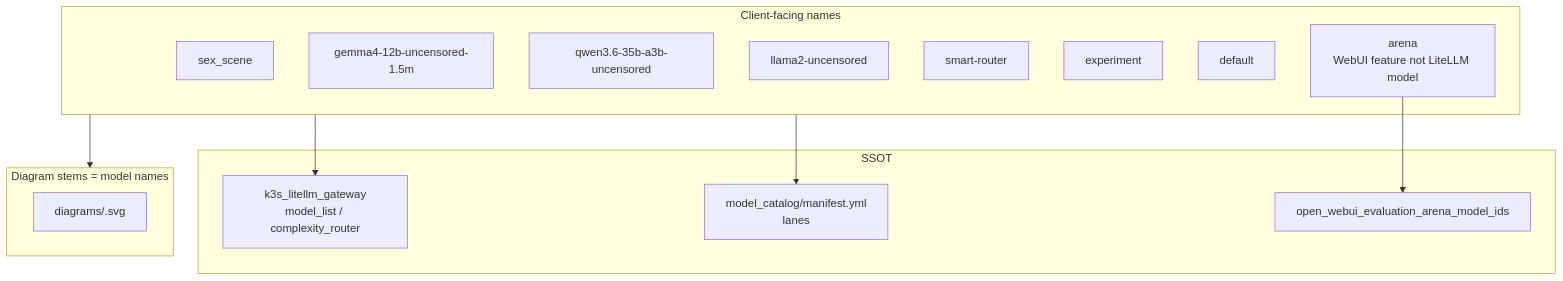
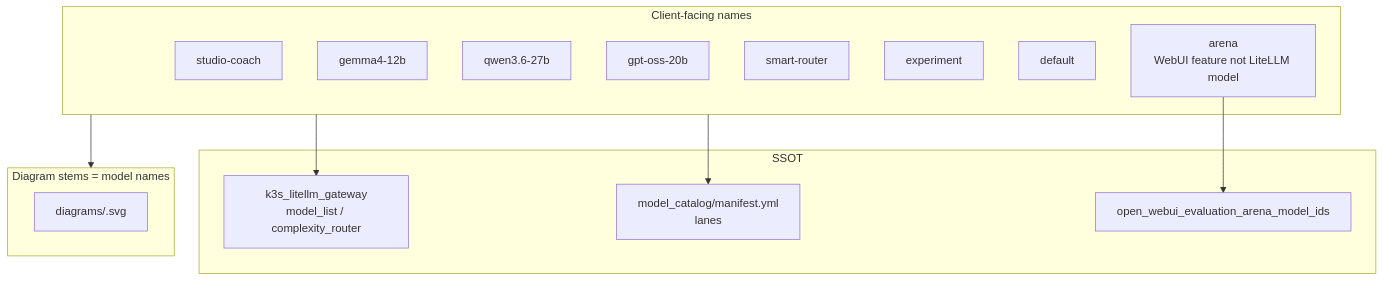
One commit to doesitscript/dotfile-vnext changed the third of 3 diagrams in docs/plans/2026-08-06--open-webui-litellm-model-route-diagrams-implemented/README.md. Above: the diagram before and after it, drawn with Mermaid. The commit also changed other lines of this file and 107 other files, not shown here.

Commit message:
docs(plans): move lab diagrams into plan packets

````diff
--- a/docs/plans/2026-08-06--open-webui-litellm-model-route-diagrams-implemented/README.md
+++ b/docs/plans/2026-08-06--open-webui-litellm-model-route-diagrams-implemented/README.md
@@ -200,28 +242,28 @@
 ```mermaid
 flowchart TB
   subgraph names["Client-facing names"]
-    n1["sex_scene"]
-    n2["gemma4-12b-uncensored-1.5m"]
-    n3["qwen3.6-35b-a3b-uncensored"]
-    n4["llama2-uncensored"]
+    n1["studio-coach"]
+    n2["gemma4-12b"]
+    n3["qwen3.6-27b"]
+    n4["gpt-oss-20b"]
     n5["smart-router"]
     n6["experiment"]
     n7["default"]
     n8["arena\nWebUI feature not LiteLLM model"]
   end
 
   subgraph ssot["SSOT"]
     helm["k3s_litellm_gateway\nmodel_list / complexity_router"]
     cat["model_catalog/manifest.yml\nlanes"]
     owui_cfg["open_webui_evaluation_arena_model_ids"]
   end
 
   subgraph diagram_stems["Diagram stems = model names"]
     d["diagrams/<model-name>.svg"]
   end
 
   names --> helm
   names --> cat
   n8 --> owui_cfg
   names --> diagram_stems
 ```
````
